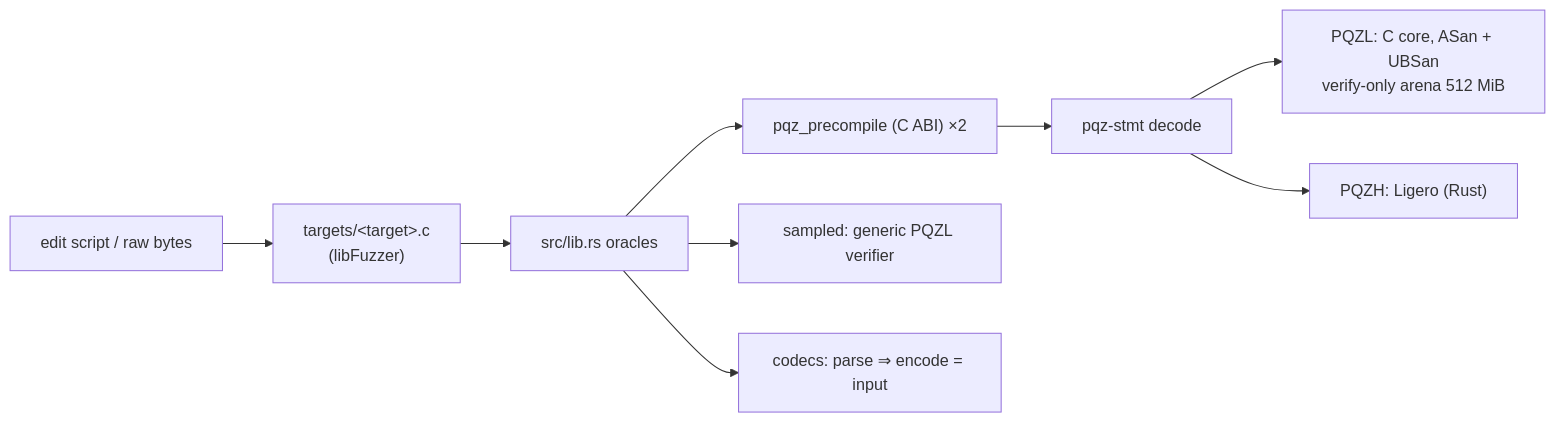
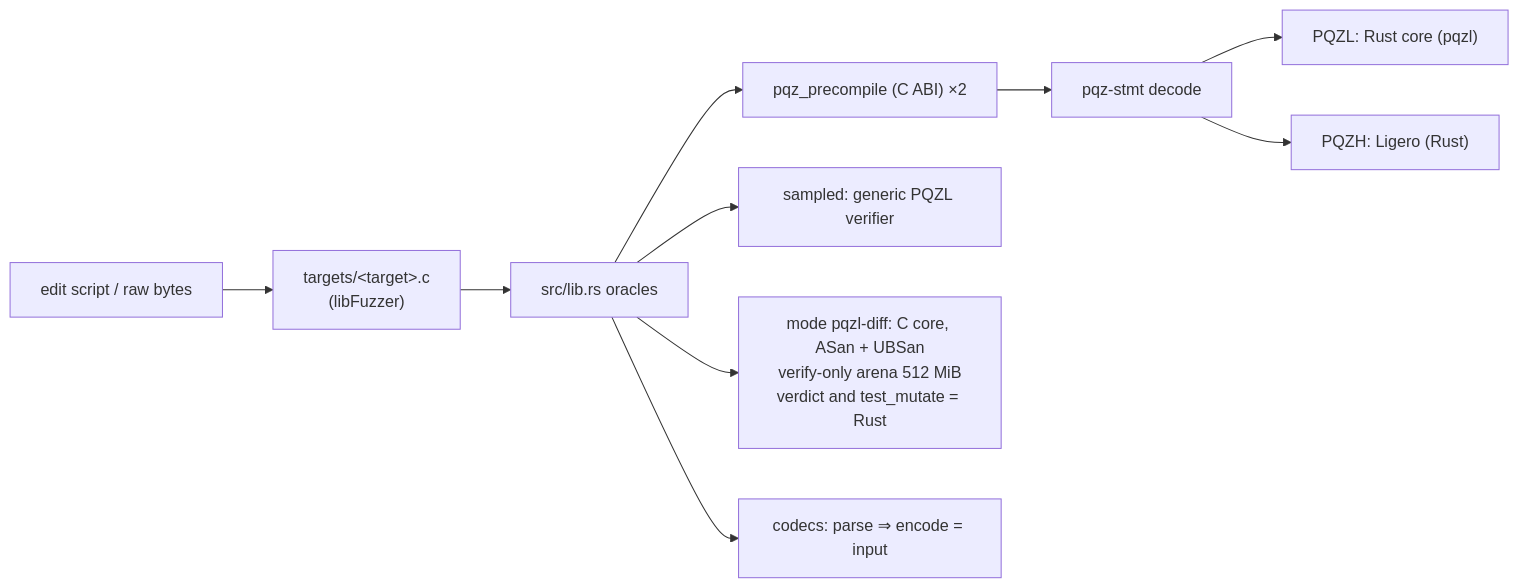
One commit to dinhduongha/scaas changed the diagram in pqz-core/fuzz/README.md. Above: the diagram before and after it, drawn with Mermaid. The commit also changed other lines of this file and 18 other files, not shown here.

First line of the commit message:
pqzl Rust port, Task 11: pqz-ffi PQZL backend switch (pqzl-rust / pqzl-c) and the fuzz mode pqzl-diff

````diff
--- a/pqz-core/fuzz/README.md
+++ b/pqz-core/fuzz/README.md
@@ -15,11 +18,12 @@
 ```mermaid
 flowchart LR
   S["edit script / raw bytes"] --> T["targets/&lt;target&gt;.c<br/>(libFuzzer)"]
   T --> O["src/lib.rs oracles"]
   O --> A["pqz_precompile (C ABI) ×2"]
   A --> D["pqz-stmt decode"]
-  D --> L["PQZL: C core, ASan + UBSan<br/>verify-only arena 512 MiB"]
+  D --> L["PQZL: Rust core (pqzl)"]
   D --> H["PQZH: Ligero (Rust)"]
   O --> G["sampled: generic PQZL verifier"]
+  O --> X["mode pqzl-diff: C core, ASan + UBSan<br/>verify-only arena 512 MiB<br/>verdict and test_mutate = Rust"]
   O --> C["codecs: parse ⇒ encode = input"]
 ```
````
